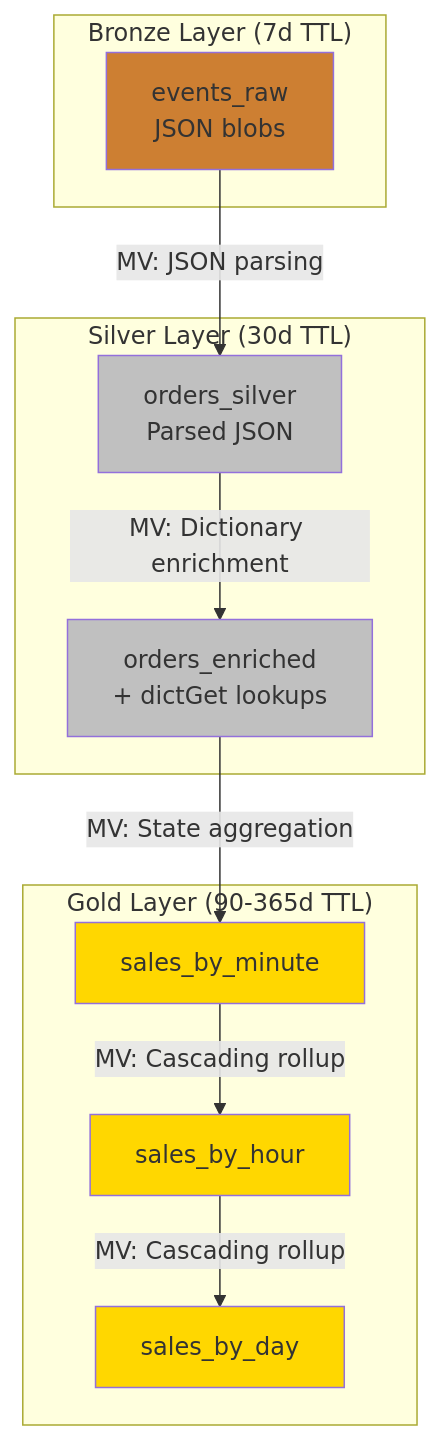
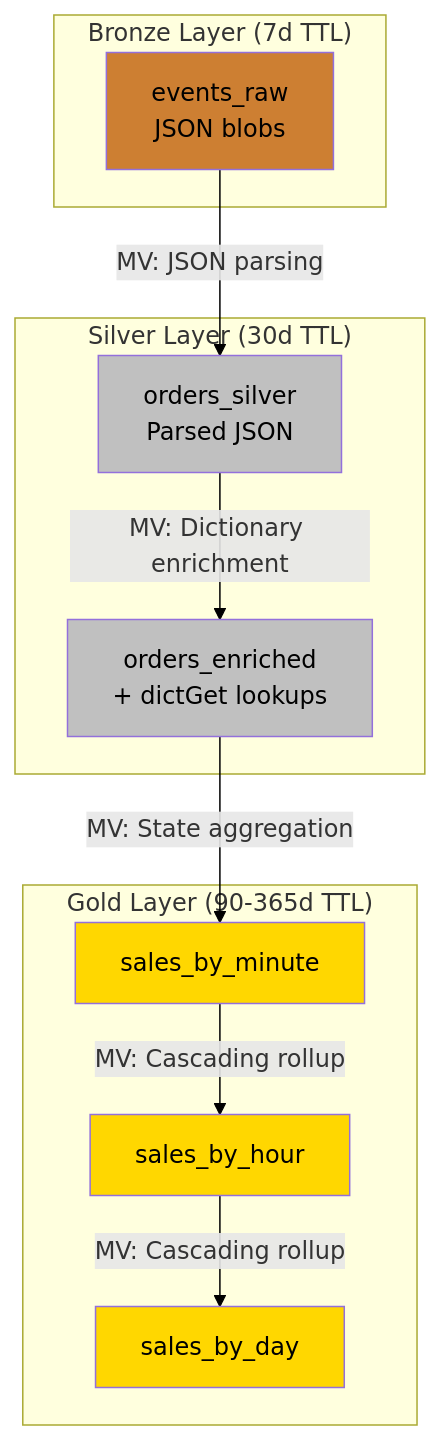
One commit to ClickHouse/ClickHouse_Demos changed the fifth of 6 diagrams in incremental_materialized_views/README.md. Above: the diagram before and after it, drawn with Mermaid. The commit also changed other lines of this file and 15 other files, not shown here.

````diff
--- a/incremental_materialized_views/README.md
+++ b/incremental_materialized_views/README.md
@@ -438,30 +485,31 @@
 ```mermaid
+%%{init: {'themeVariables': {'primaryTextColor': '#000000', 'lineColor': '#000000'}}}%%
 flowchart TB
     subgraph Bronze ["Bronze Layer (7d TTL)"]
         A[events_raw<br/>JSON blobs]
     end
 
     subgraph Silver ["Silver Layer (30d TTL)"]
         B[orders_silver<br/>Parsed JSON]
         C[orders_enriched<br/>+ dictGet lookups]
     end
 
     subgraph Gold ["Gold Layer (90-365d TTL)"]
         D[sales_by_minute]
         E[sales_by_hour]
         F[sales_by_day]
     end
 
     A -->|MV: JSON parsing| B
     B -->|MV: Dictionary enrichment| C
     C -->|MV: State aggregation| D
     D -->|MV: Cascading rollup| E
     E -->|MV: Cascading rollup| F
 
-    style A fill:#cd7f32
-    style B fill:#c0c0c0
-    style C fill:#c0c0c0
-    style D fill:#ffd700
-    style E fill:#ffd700
-    style F fill:#ffd700
+    style A fill:#cd7f32,color:#000000
+    style B fill:#c0c0c0,color:#000000
+    style C fill:#c0c0c0,color:#000000
+    style D fill:#ffd700,color:#000000
+    style E fill:#ffd700,color:#000000
+    style F fill:#ffd700,color:#000000
 ```
````
